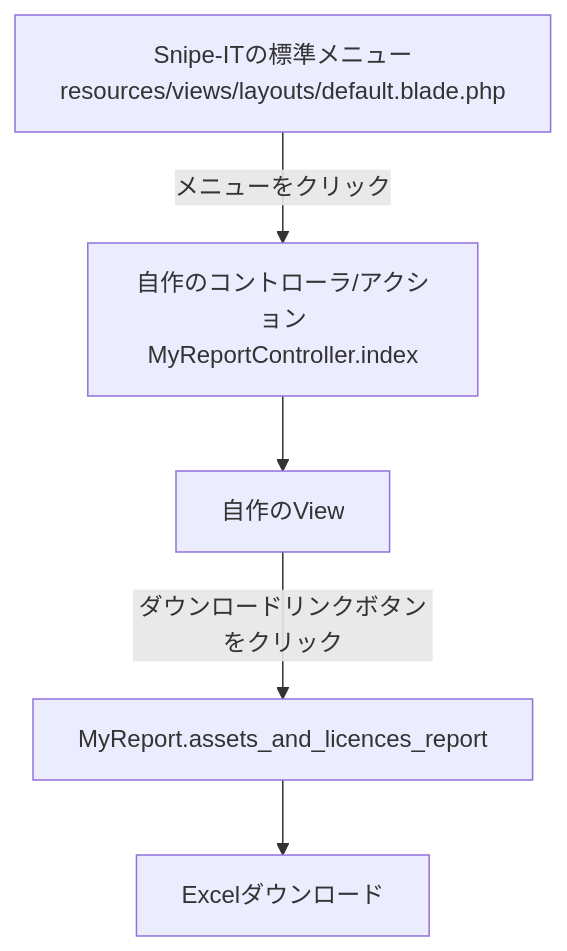
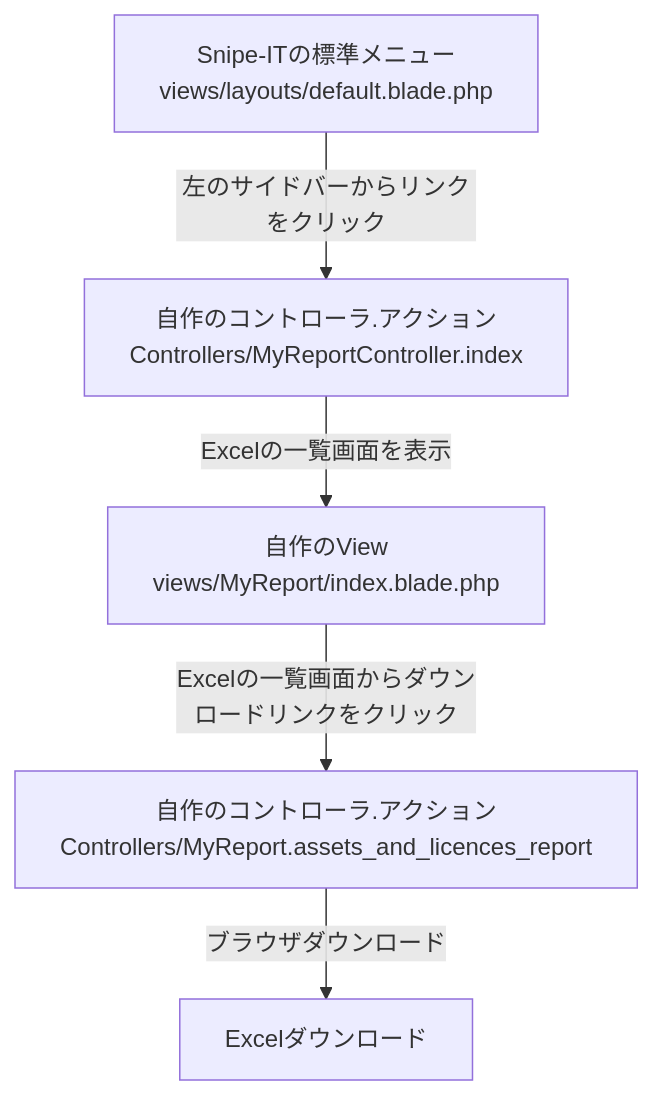
One commit to chiku-wa/Snipe-IT_Customize changed the diagram in README.md. Above: the diagram before and after it, drawn with Mermaid. The commit also changed other lines of this file, not shown here.

````diff
--- a/README.md
+++ b/README.md
@@ -227,8 +25,8 @@
 ```mermaid
 graph TD;
     %% 自作Viewへの導線
-    menu[Snipe-ITの標準メニュー<br>resources/views/layouts/default.blade.php] -->|メニューをクリック|custom_controller_index[自作のコントローラ/アクション<br/>MyReportController.index]-->custom_view[自作のView];
+    menu[Snipe-ITの標準メニュー<br>views/layouts/default.blade.php] -->|左のサイドバーからリンクをクリック|custom_controller_index[自作のコントローラ.アクション<br/>Controllers/MyReportController.index]-->|Excelの一覧画面を表示|custom_view[自作のView<br/>views/MyReport/index.blade.php];
 
     %%  自作ViewからExcelダウンロードへの導線
-    custom_view-->|ダウンロードリンクボタンをクリック|custom_controller_[MyReport.assets_and_licences_report]-->dl_excel[Excelダウンロード];
+    custom_view-->|Excelの一覧画面からダウンロードリンクをクリック|custom_controller_[自作のコントローラ.アクション<br/>Controllers/MyReport.assets_and_licences_report]-->|ブラウザダウンロード|dl_excel[Excelダウンロード];
 ```
````
